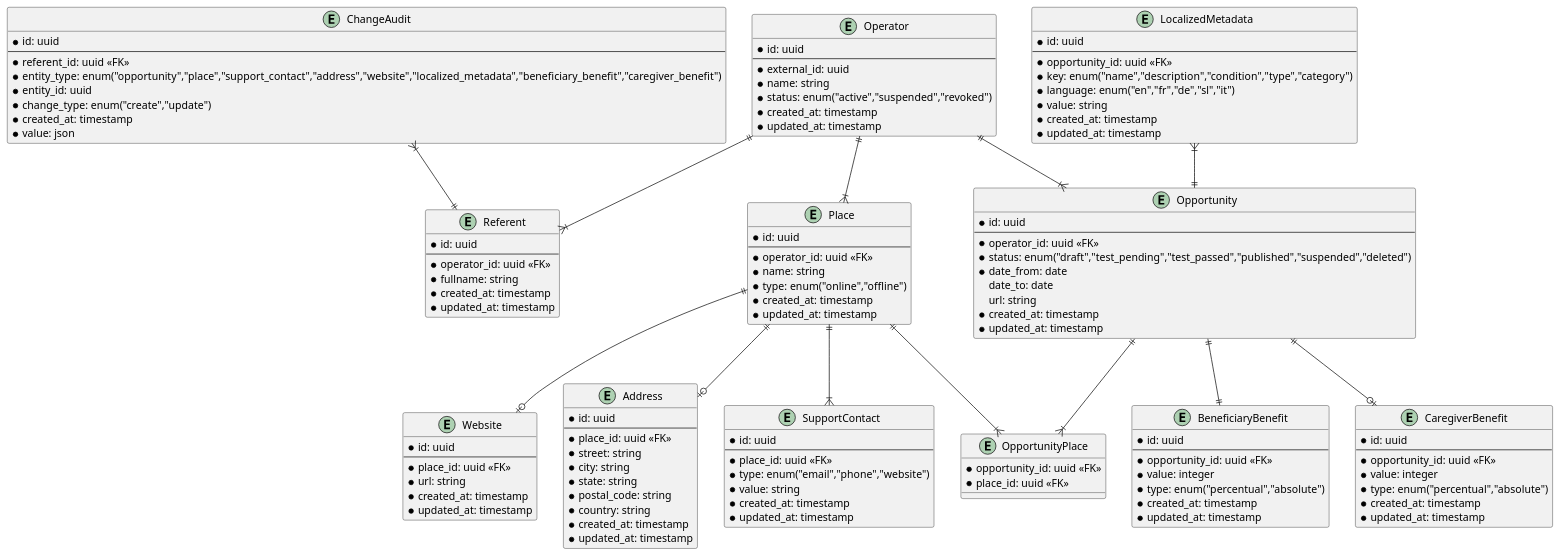
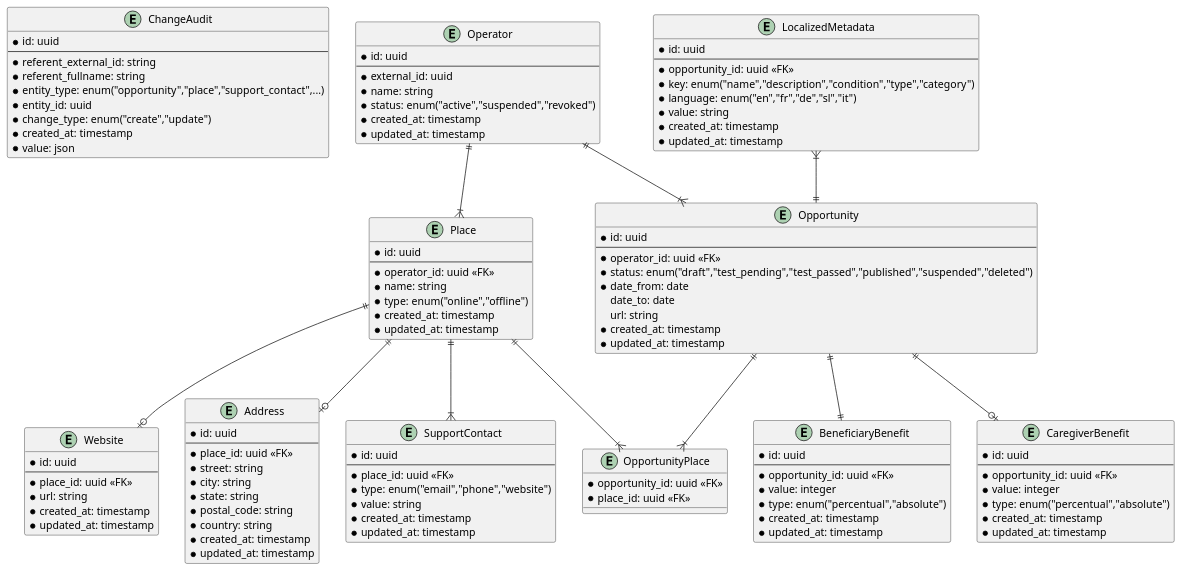
One commit to pagopa/io-growth changed the diagram in docs/backoffice/er.puml. Above: the diagram before and after it, drawn with PlantUML.

Commit message:
removed referent entity

```diff
--- a/docs/backoffice/er.puml
+++ b/docs/backoffice/er.puml
@@ -1,136 +1,126 @@
 @startuml ced_er_diagram
+
+entity ChangeAudit {
+    * id: uuid
+    --
+    * referent_external_id: string
+    * referent_fullname: string
+    * entity_type: enum("opportunity","place","support_contact",...)
+    * entity_id: uuid
+    * change_type: enum("create","update")
+    * created_at: timestamp
+    * value: json
+}
 
 entity Operator {
     * id: uuid
     --
     * external_id: uuid
     * name: string
     * status: enum("active","suspended","revoked")
-    * created_at: timestamp
-    * updated_at: timestamp
-}
-
-entity Referent {
-    * id: uuid
-    --
-    * operator_id: uuid <<FK>>
-    * fullname: string
     * created_at: timestamp
     * updated_at: timestamp
 }
 
 entity Place {
     * id: uuid
     --
     * operator_id: uuid <<FK>>
     * name: string
     * type: enum("online","offline")
     * created_at: timestamp
     * updated_at: timestamp
 }
 
 entity Website {
     * id: uuid
     --
     * place_id: uuid <<FK>>
     * url: string
     * created_at: timestamp
     * updated_at: timestamp
 }
 
 entity Address {
     * id: uuid
     --
     * place_id: uuid <<FK>>
     * street: string
     * city: string
     * state: string
     * postal_code: string
     * country: string
     * created_at: timestamp
     * updated_at: timestamp
 }
 
 entity SupportContact {
     * id: uuid
     --
     * place_id: uuid <<FK>>
     * type: enum("email","phone","website")
     * value: string
     * created_at: timestamp
     * updated_at: timestamp
 }
 
 entity OpportunityPlace {
     * opportunity_id: uuid <<FK>>
     * place_id: uuid <<FK>>
 }
 
 entity Opportunity {
     * id: uuid
     --
     * operator_id: uuid <<FK>>
     * status: enum("draft","test_pending","test_passed","published","suspended","deleted")
     * date_from: date
     date_to: date
     url: string
     * created_at: timestamp
     * updated_at: timestamp
 }
 
 entity BeneficiaryBenefit {
     * id: uuid
     --
     * opportunity_id: uuid <<FK>>
     * value: integer
     * type: enum("percentual","absolute")
     * created_at: timestamp
     * updated_at: timestamp
 }
 
 entity CaregiverBenefit {
     * id: uuid
     --
     * opportunity_id: uuid <<FK>>
     * value: integer
     * type: enum("percentual","absolute")
     * created_at: timestamp
     * updated_at: timestamp
 }
 
 entity LocalizedMetadata {
     * id: uuid
     --
     * opportunity_id: uuid <<FK>>
     * key: enum("name","description","condition","type","category")
     * language: enum("en","fr","de","sl","it")
     * value: string
     * created_at: timestamp
     * updated_at: timestamp
 }
 
-entity ChangeAudit {
-    * id: uuid
-    --
-    * referent_id: uuid <<FK>>
-    * entity_type: enum("opportunity","place","support_contact","address","website","localized_metadata","beneficiary_benefit","caregiver_benefit")
-    * entity_id: uuid
-    * change_type: enum("create","update")
-    * created_at: timestamp
-    * value: json
-}
-
-ChangeAudit }|--|| Referent
-Operator ||--|{ Referent
 Operator ||--|{ Place
 Operator ||--|{ Opportunity
 Place ||--o| Address
 Place ||--o| Website
 Place ||--|{ SupportContact
 Place ||--|{ OpportunityPlace
 Opportunity ||--|{ OpportunityPlace
 LocalizedMetadata }|--|| Opportunity
 Opportunity ||--|| BeneficiaryBenefit
 Opportunity ||--o| CaregiverBenefit
 
 @enduml
```
